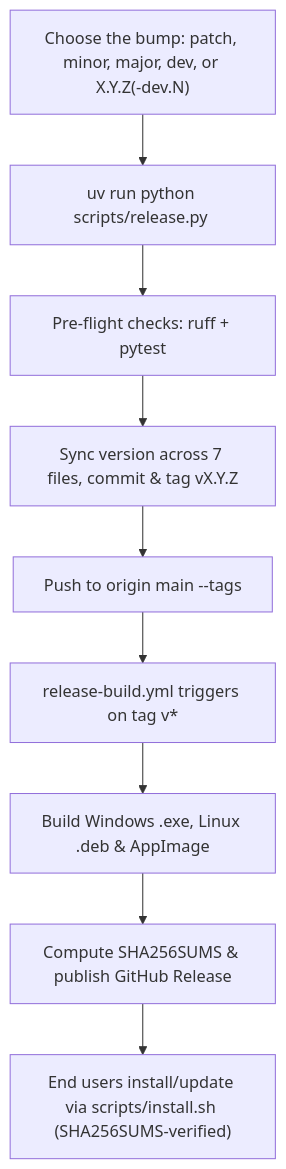
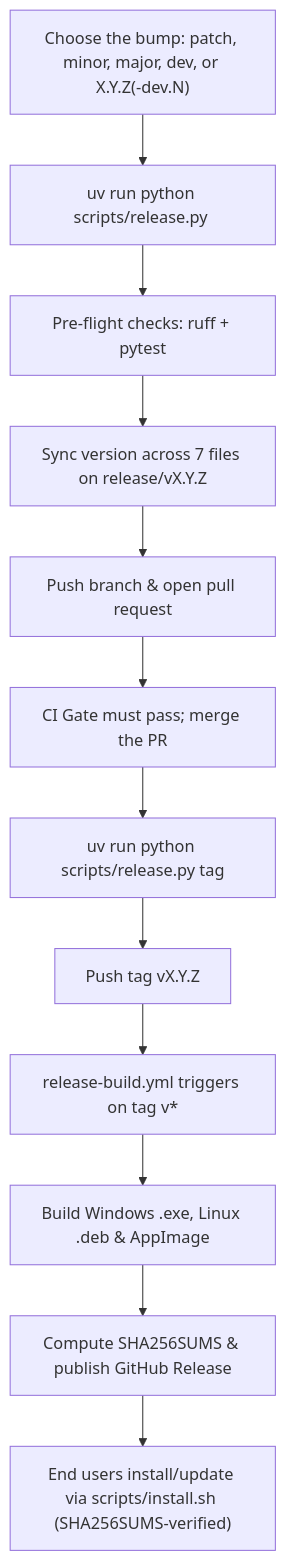
Before and after one commit to dishanagalawatta/SkillManager: the first of 2 diagrams in docs/RELEASING.md, drawn with Mermaid. The commit also changed other lines of this file and 7 other files, not shown here.

First line of the commit message:
chore: require pull requests for main (#2)

````diff
--- a/docs/RELEASING.md
+++ b/docs/RELEASING.md
@@ -13,11 +14,14 @@
 ```mermaid
 flowchart TD
     A["Choose the bump: patch, minor, major, dev, or X.Y.Z(-dev.N)"] --> B["uv run python scripts/release.py <bump>"]
     B --> C["Pre-flight checks: ruff + pytest"]
-    C --> D["Sync version across 7 files, commit & tag vX.Y.Z"]
-    D --> E["Push to origin main --tags"]
-    E --> F["release-build.yml triggers on tag v*"]
-    F --> G["Build Windows .exe, Linux .deb & AppImage"]
-    G --> H["Compute SHA256SUMS & publish GitHub Release"]
-    H --> I["End users install/update via scripts/install.sh (SHA256SUMS-verified)"]
+    C --> D["Sync version across 7 files on release/vX.Y.Z"]
+    D --> E["Push branch & open pull request"]
+    E --> F["CI Gate must pass; merge the PR"]
+    F --> G["uv run python scripts/release.py tag"]
+    G --> H["Push tag vX.Y.Z"]
+    H --> I["release-build.yml triggers on tag v*"]
+    I --> J["Build Windows .exe, Linux .deb & AppImage"]
+    J --> K["Compute SHA256SUMS & publish GitHub Release"]
+    K --> L["End users install/update via scripts/install.sh (SHA256SUMS-verified)"]
 ```
````
